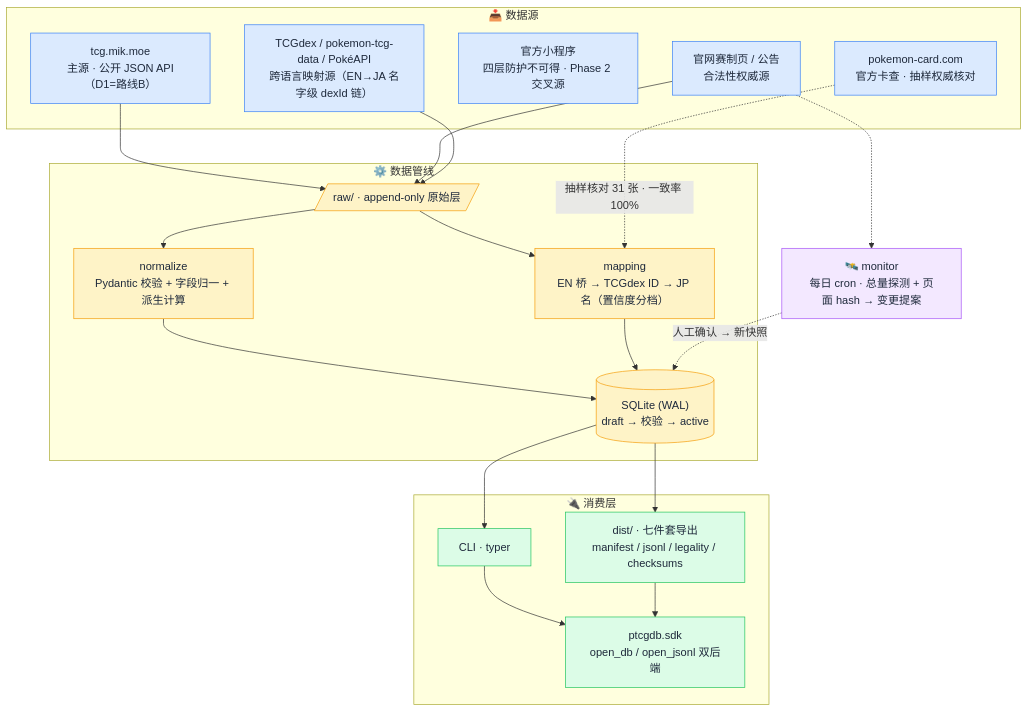
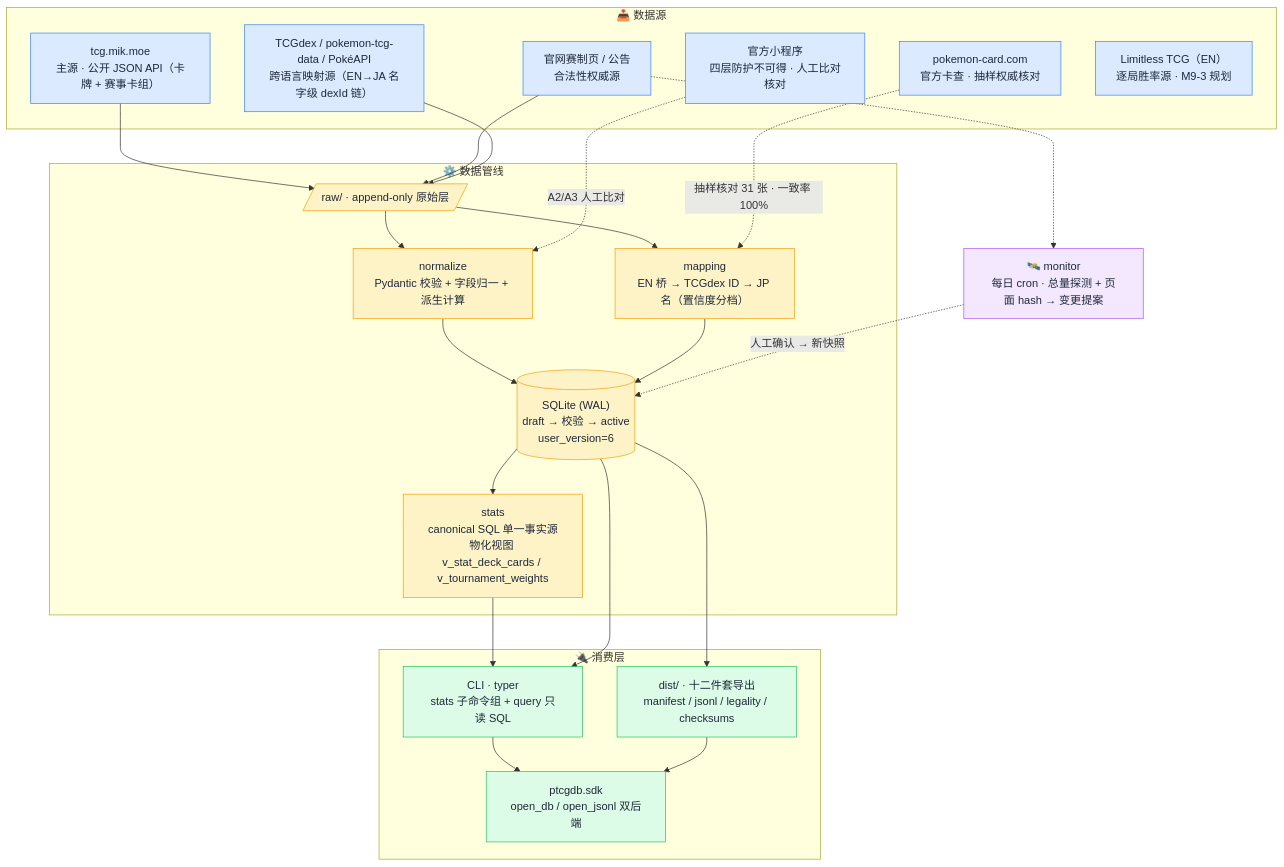
Before and after one commit to Bingtuu/Pokearena: the diagram in README.md, drawn with Mermaid. The commit also changed other lines of this file and 5 other files, not shown here.

Commit message:
task(020): M8比对段启动——A2第1批10/10核销(差异=F-01卡号分母口径:CBB复合编号PPNN/包内卡数+普通系列主列表收录数,记技术债);批次生成器.scratch/a2_batches.py+裁决记录;README全量刷新(M9-2完成态/十二件套/stats+query CLI/Roadmap);STATUS同步

````diff
--- a/README.md
+++ b/README.md
@@ -64,47 +73,52 @@
 ```mermaid
 flowchart TB
     subgraph SRC["📥 数据源"]
-        A["tcg.mik.moe<br/>主源 · 公开 JSON API（D1=路线B）"]
+        A["tcg.mik.moe<br/>主源 · 公开 JSON API（卡牌 + 赛事卡组）"]
         B["官网赛制页 / 公告<br/>合法性权威源"]
-        C["官方小程序<br/>四层防护不可得 · Phase 2 交叉源"]
+        C["官方小程序<br/>四层防护不可得 · 人工比对核对"]
         D["TCGdex / pokemon-tcg-data / PokéAPI<br/>跨语言映射源（EN→JA 名字级 dexId 链）"]
         E["pokemon-card.com<br/>官方卡查 · 抽样权威核对"]
+        F["Limitless TCG（EN）<br/>逐局胜率源 · M9-3 规划"]
     end
 
     subgraph PIPE["⚙️ 数据管线"]
         RAW[/"raw/ · append-only 原始层"/]
         NORM["normalize<br/>Pydantic 校验 + 字段归一 + 派生计算"]
         MAP["mapping<br/>EN 桥 → TCGdex ID → JP 名（置信度分档）"]
-        DB[("SQLite (WAL)<br/>draft → 校验 → active")]
+        DB[("SQLite (WAL)<br/>draft → 校验 → active<br/>user_version=6")]
+        STATS["stats<br/>canonical SQL 单一事实源<br/>物化视图 v_stat_deck_cards / v_tournament_weights"]
     end
 
     subgraph OUT["🔌 消费层"]
-        CLI["CLI · typer"]
-        DIST["dist/ · 七件套导出<br/>manifest / jsonl / legality / checksums"]
+        CLI["CLI · typer<br/>stats 子命令组 + query 只读 SQL"]
+        DIST["dist/ · 十二件套导出<br/>manifest / jsonl / legality / checksums"]
         SDK["ptcgdb.sdk<br/>open_db / open_jsonl 双后端"]
     end
 
     MON["🛰️ monitor<br/>每日 cron · 总量探测 + 页面 hash → 变更提案"]
 
     A --> RAW
     B --> RAW
     D --> RAW
     RAW --> NORM --> DB
     RAW --> MAP --> DB
     E -.->|抽样核对 31 张 · 一致率 100%| MAP
+    C -.->|A2/A3 人工比对| NORM
+    DB --> STATS
+    STATS --> CLI
     DB --> CLI
     DB --> DIST
     CLI --> SDK
     DIST --> SDK
     B -.-> MON
     MON -.->|人工确认 → 新快照| DB
 
     classDef source fill:#dbeafe,stroke:#3b82f6,color:#1e293b;
     classDef pipe fill:#fef3c7,stroke:#f59e0b,color:#1e293b;
     classDef out fill:#dcfce7,stroke:#22c55e,color:#1e293b;
     classDef mon fill:#f3e8ff,stroke:#a855f7,color:#1e293b;
-    class A,B,C,D,E source;
-    class RAW,NORM,MAP,DB pipe;
+    class A,B,C,D,E,F source;
+    class RAW,NORM,MAP,DB,STATS pipe;
     class CLI,DIST,SDK out;
     class MON mon;
 ```
````
